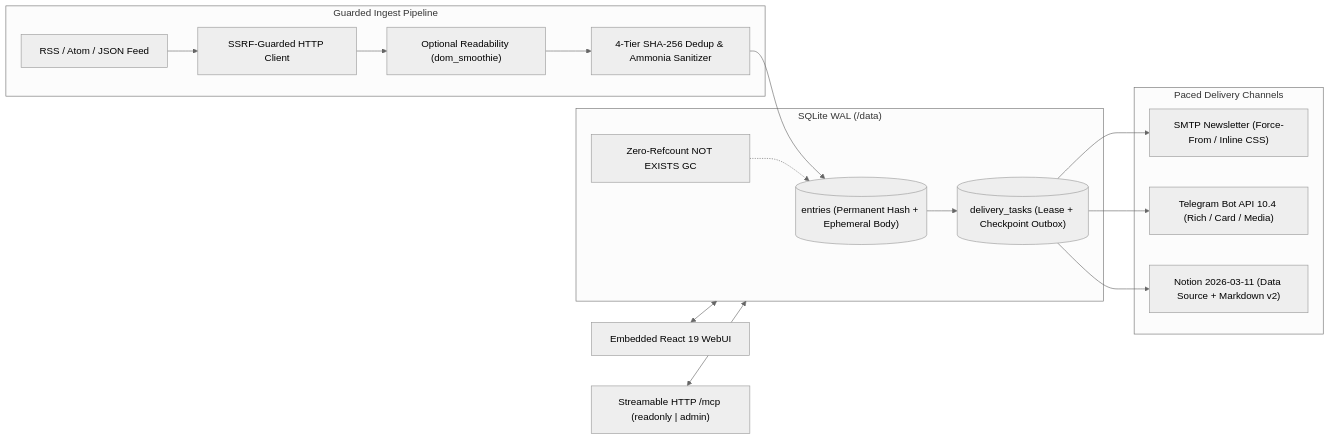
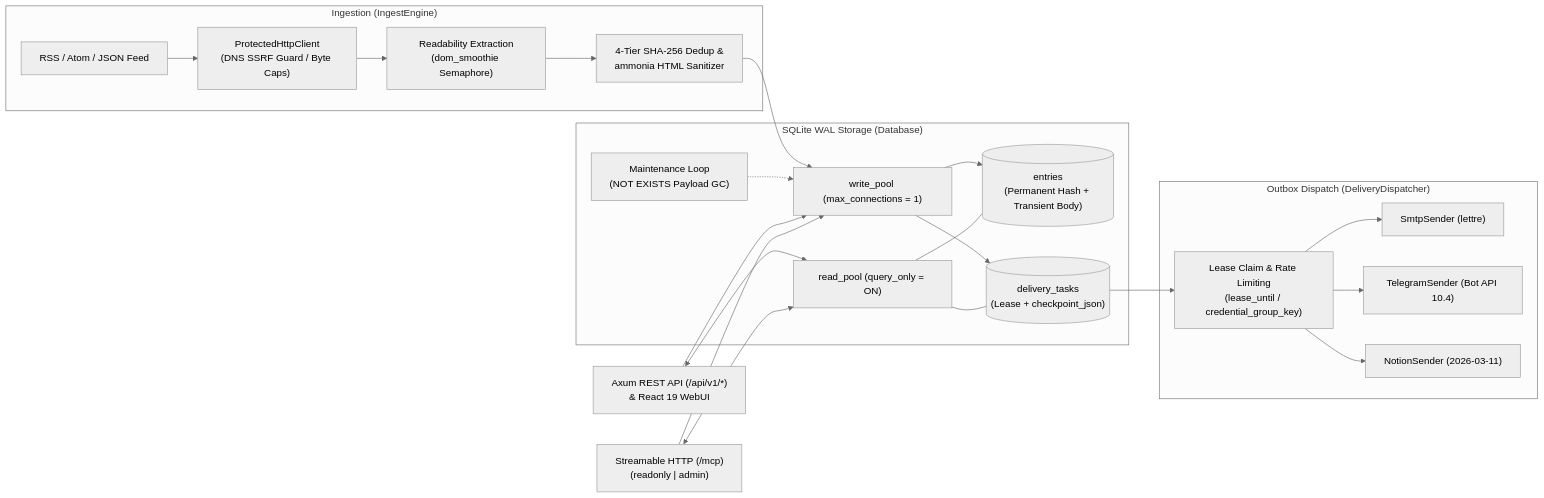
One commit to ElleryHe/FeedCourier changed the first of 3 diagrams in docs/reference/architecture.md. Above: the diagram before and after it, drawn with Mermaid (neutral theme). The commit also changed other lines of this file and 57 other files, not shown here.

````diff
--- a/docs/reference/architecture.md
+++ b/docs/reference/architecture.md
@@ -9,23 +20,29 @@
 ```mermaid
 flowchart LR
-    subgraph Ingest["Guarded Ingest Pipeline"]
-        F["RSS / Atom / JSON Feed"] --> HC["SSRF-Guarded HTTP Client"]
-        HC --> R["Optional Readability (dom_smoothie)"]
-        R --> D["4-Tier SHA-256 Dedup & Ammonia Sanitizer"]
+    subgraph Ingest["Ingestion (IngestEngine)"]
+        F["RSS / Atom / JSON Feed"] --> HC["ProtectedHttpClient<br>(DNS SSRF Guard / Byte Caps)"]
+        HC --> R["Readability Extraction<br>(dom_smoothie Semaphore)"]
+        R --> D["4-Tier SHA-256 Dedup &<br>ammonia HTML Sanitizer"]
     end
 
-    subgraph Storage["SQLite WAL (/data)"]
-        D --> E[("entries (Permanent Hash + Ephemeral Body)")]
-        E --> T[("delivery_tasks (Lease + Checkpoint Outbox)")]
-        GC["Zero-Refcount NOT EXISTS GC"] -.-> E
+    subgraph Storage["SQLite WAL Storage (Database)"]
+        D --> WPool["write_pool (max_connections = 1)"]
+        WPool --> E[("entries<br>(Permanent Hash + Transient Body)")]
+        WPool --> T[("delivery_tasks<br>(Lease + checkpoint_json)")]
+        GC["Maintenance Loop<br>(NOT EXISTS Payload GC)"] -.-> WPool
+        RPool["read_pool (query_only = ON)"] --- E
+        RPool --- T
     end
 
-    subgraph Targets["Paced Delivery Channels"]
-        T --> SMTP["SMTP Newsletter (Force-From / Inline CSS)"]
-        T --> TG["Telegram Bot API 10.4 (Rich / Card / Media)"]
-        T --> NT["Notion 2026-03-11 (Data Source + Markdown v2)"]
+    subgraph Outbox["Outbox Dispatch (DeliveryDispatcher)"]
+        T --> Disp["Lease Claim & Rate Limiting<br>(lease_until / credential_group_key)"]
+        Disp --> SMTP["SmtpSender (lettre)"]
+        Disp --> TG["TelegramSender (Bot API 10.4)"]
+        Disp --> NT["NotionSender (2026-03-11)"]
     end
 
-    UI["Embedded React 19 WebUI"] <--> Storage
-    MCP["Streamable HTTP /mcp (readonly | admin)"] <--> Storage
+    UI["Axum REST API (/api/v1/*)<br>& React 19 WebUI"] <--> RPool
+    UI --> WPool
+    MCP["Streamable HTTP (/mcp)<br>(readonly | admin)"] <--> RPool
+    MCP --> WPool
 ```
````
